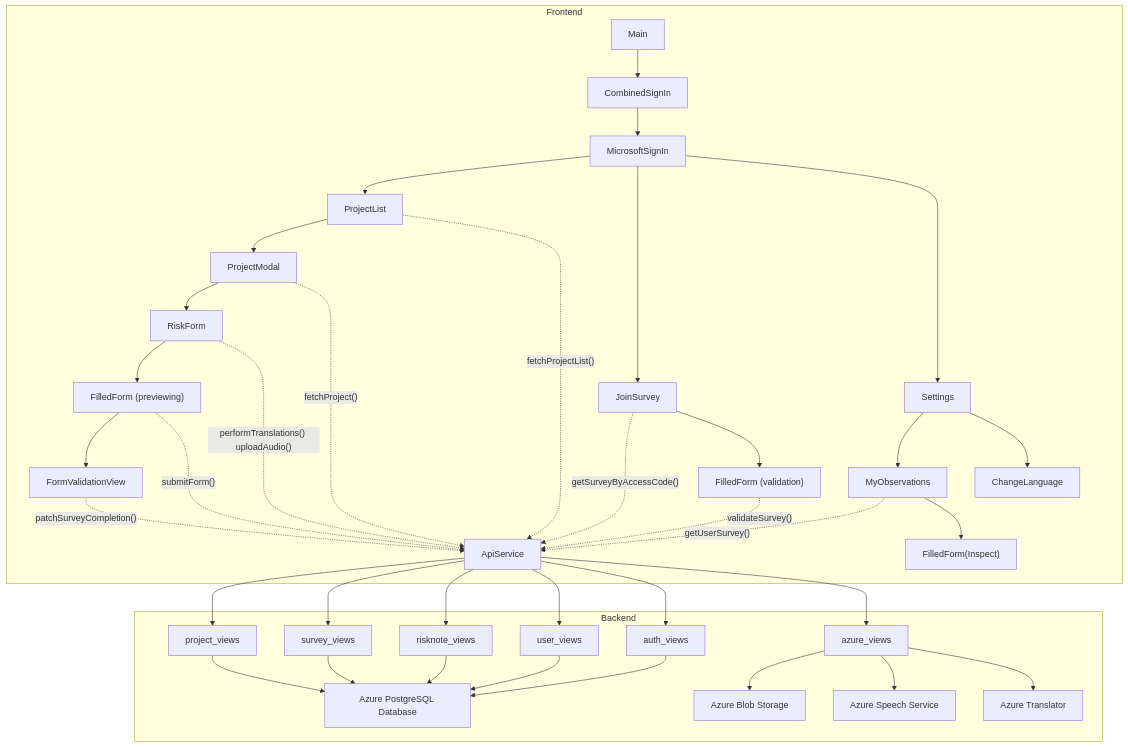
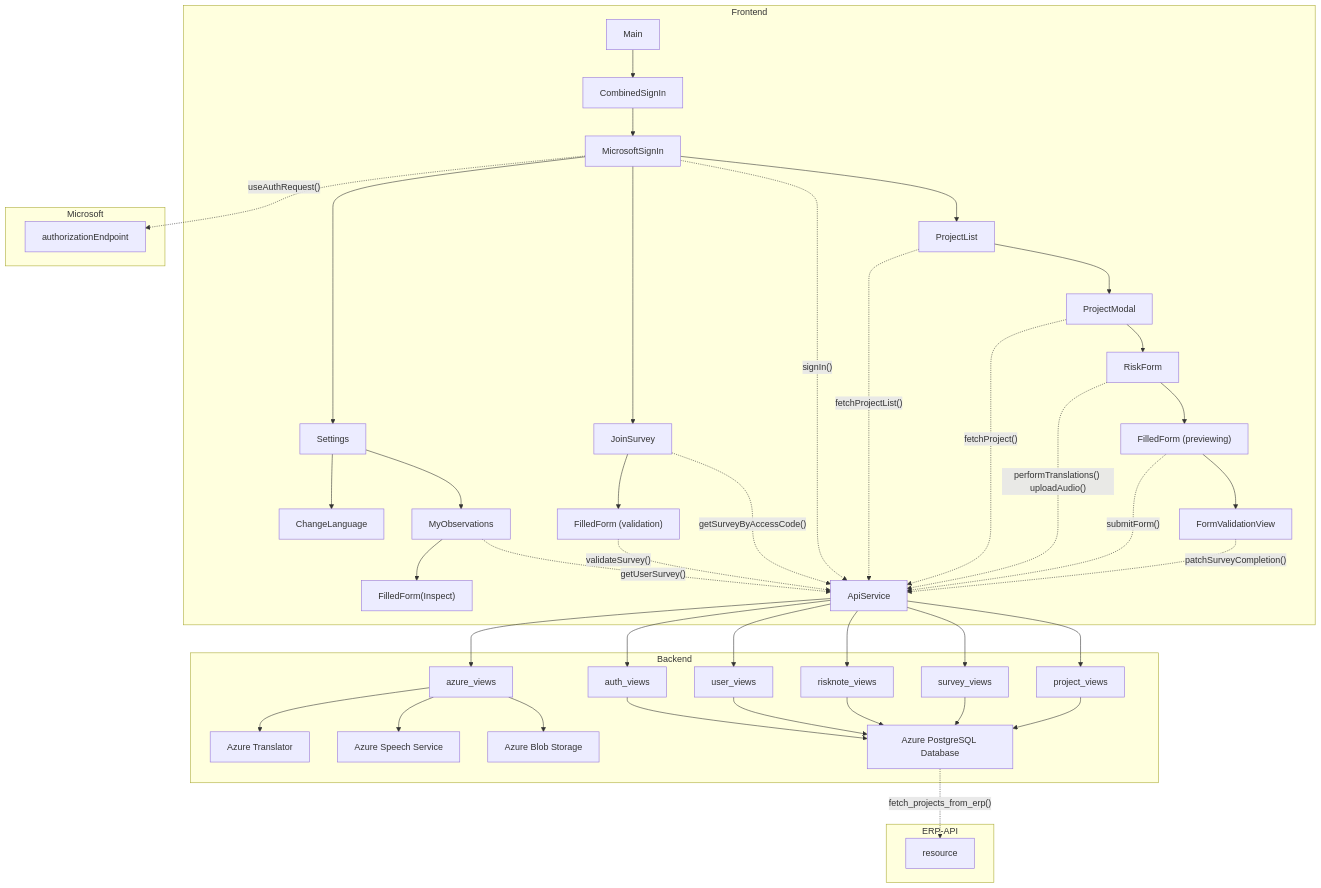
Before and after one commit to Ohtu-Tyoturvallisuus/TTS-documentation: the diagram in docs/architecture.md, drawn with Mermaid.

Commit message:
Add microsoft and erp nodes

````diff
--- a/docs/architecture.md
+++ b/docs/architecture.md
@@ -1,52 +1,62 @@
 ```mermaid
 flowchart TD
   subgraph Frontend
     main["Main"]
 
     main --> login["CombinedSignIn"]
     login --> mslogin["MicrosoftSignIn"]
     mslogin --> projects["ProjectList"]
     projects --> projectmodal["ProjectModal"]
     projectmodal --> riskform["RiskForm"]
     riskform --> filledpreview["FilledForm (previewing)"]
 
     filledpreview --> validation["FormValidationView"]
 
     service["ApiService"]
     projects -."fetchProjectList()".-> service
     projectmodal -."fetchProject()".-> service
     riskform -."performTranslations() uploadAudio()".-> service
     filledpreview -."submitForm()".-> service
     validation -."patchSurveyCompletion()".-> service
     joinsurvey -."getSurveyByAccessCode()".-> service
     filledcheck -."validateSurvey()".-> service
     myobservations -."getUserSurvey()".-> service
+    mslogin -."signIn()".-> service
+
 
     mslogin --> joinsurvey["JoinSurvey"]
     joinsurvey --> filledcheck["FilledForm (validation)"]
 
     mslogin --> settings["Settings"]
     settings --> myobservations["MyObservations"]
     myobservations --> filledinspect["FilledForm(Inspect)"]
     settings -->language["ChangeLanguage"]
+  end
+
+  subgraph "Microsoft"
+    mslogin -."useAuthRequest()".-> authorizationEndpoint
   end
 
   subgraph "Backend"
       service --> project_views
       service --> survey_views
       service --> risknote_views
       service --> user_views
       service --> auth_views
       service --> azure_views
 
       azure_views --> BlobStorage[Azure Blob Storage]
       azure_views --> SpeechService[Azure Speech Service]
       azure_views --> Translator[Azure Translator]
       PostgreSQL[Azure PostgreSQL Database]
       project_views --> PostgreSQL
       survey_views --> PostgreSQL
       risknote_views --> PostgreSQL
       user_views --> PostgreSQL
       auth_views --> PostgreSQL
   end
+
+  subgraph "ERP-API"
+    PostgreSQL -."fetch_projects_from_erp()".-> ERP["resource"]
+  end
 ```
````
